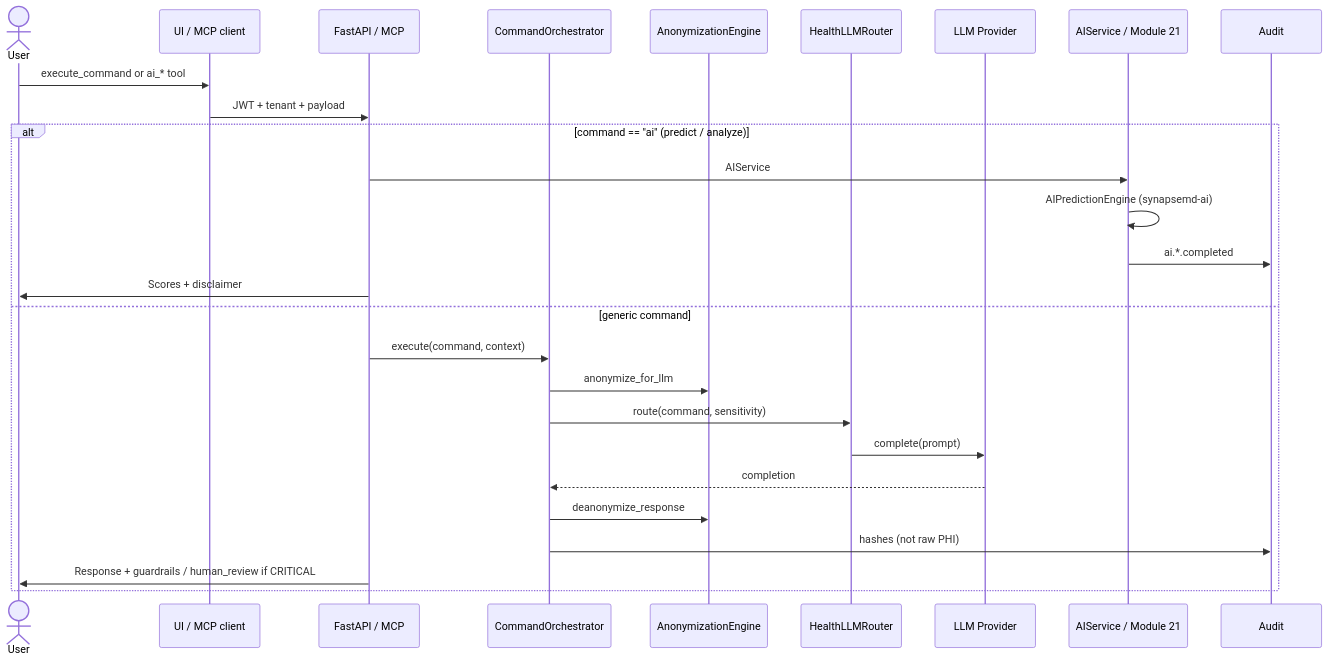
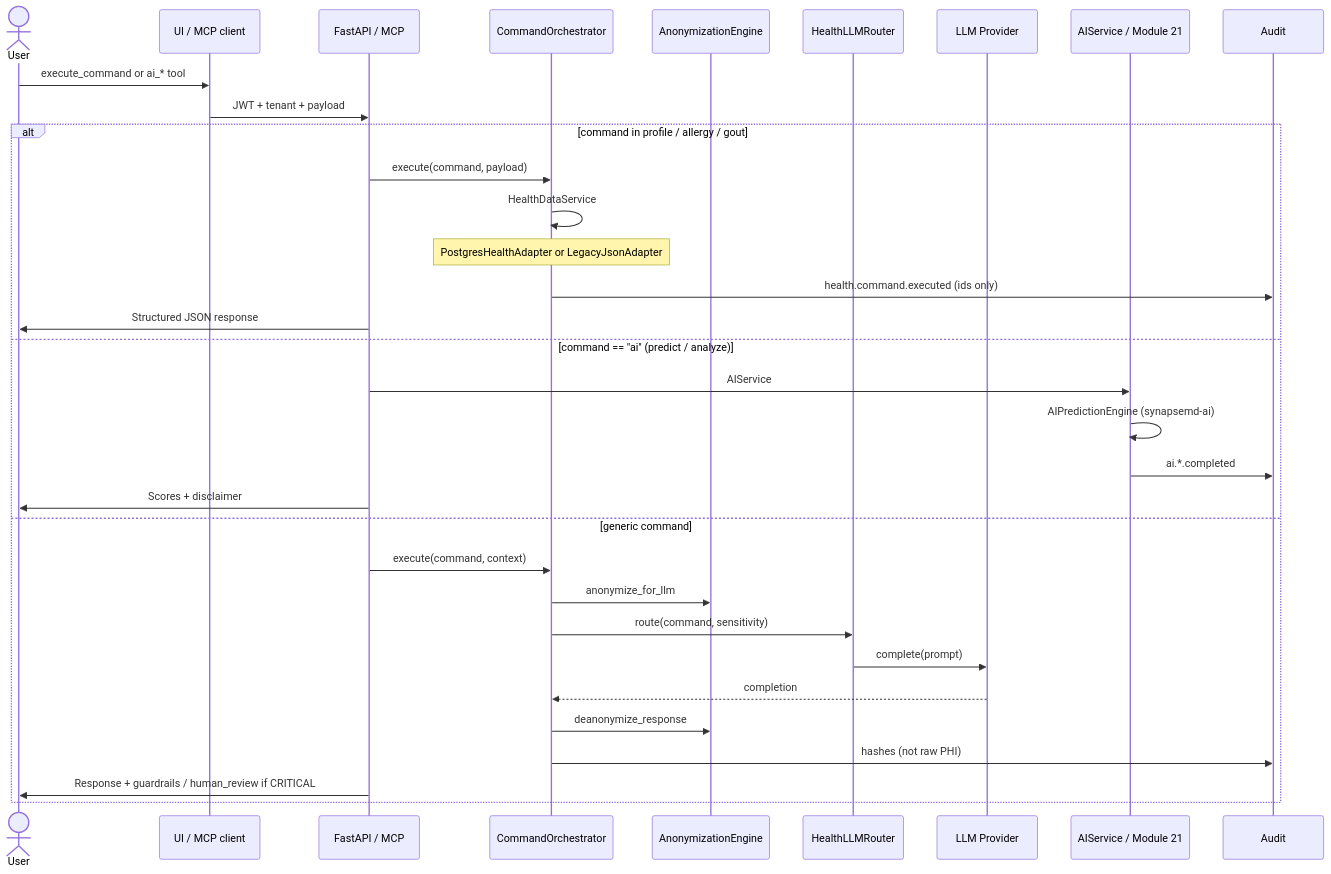
One commit to maruthis/SynapseMD changed diagram 12 of 12 in docs/architecture.md. Above: the diagram before and after it, drawn with Mermaid. The commit also changed other lines of this file and 181 other files, not shown here.

````diff
--- a/docs/architecture.md
+++ b/docs/architecture.md
@@ -621,31 +630,37 @@
 ```mermaid
 sequenceDiagram
   actor User
   participant Client as UI / MCP client
   participant API as FastAPI / MCP
   participant Orch as CommandOrchestrator
   participant Anon as AnonymizationEngine
   participant Router as HealthLLMRouter
   participant Prov as LLM Provider
   participant AI as AIService / Module 21
   participant Audit as Audit
 
   User->>Client: execute_command or ai_* tool
   Client->>API: JWT + tenant + payload
 
-  alt command == "ai" (predict / analyze)
+  alt command in profile / allergy / gout
+    API->>Orch: execute(command, payload)
+    Orch->>Orch: HealthDataService
+    Note over Orch: PostgresHealthAdapter or LegacyJsonAdapter
+    Orch->>Audit: health.command.executed (ids only)
+    API->>User: Structured JSON response
+  else command == "ai" (predict / analyze)
     API->>AI: AIService
     AI->>AI: AIPredictionEngine (synapsemd-ai)
     AI->>Audit: ai.*.completed
     API->>User: Scores + disclaimer
   else generic command
     API->>Orch: execute(command, context)
     Orch->>Anon: anonymize_for_llm
     Orch->>Router: route(command, sensitivity)
     Router->>Prov: complete(prompt)
     Prov-->>Orch: completion
     Orch->>Anon: deanonymize_response
     Orch->>Audit: hashes (not raw PHI)
     API->>User: Response + guardrails / human_review if CRITICAL
   end
 ```
````
